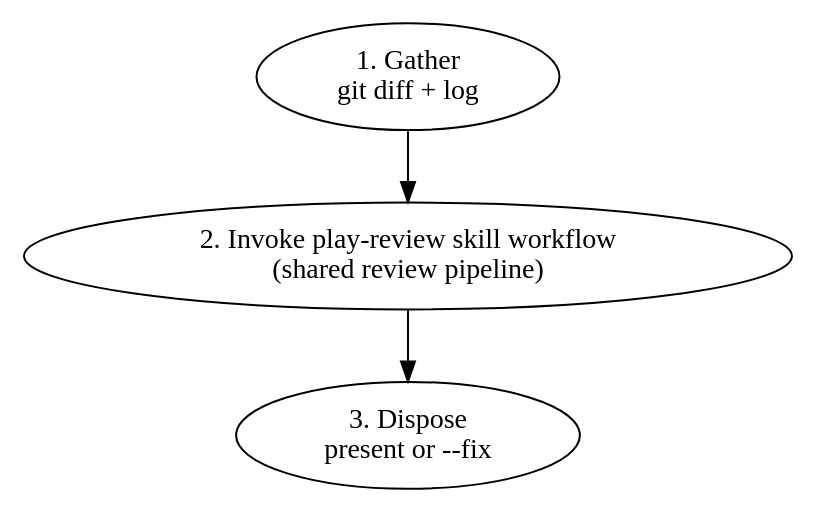
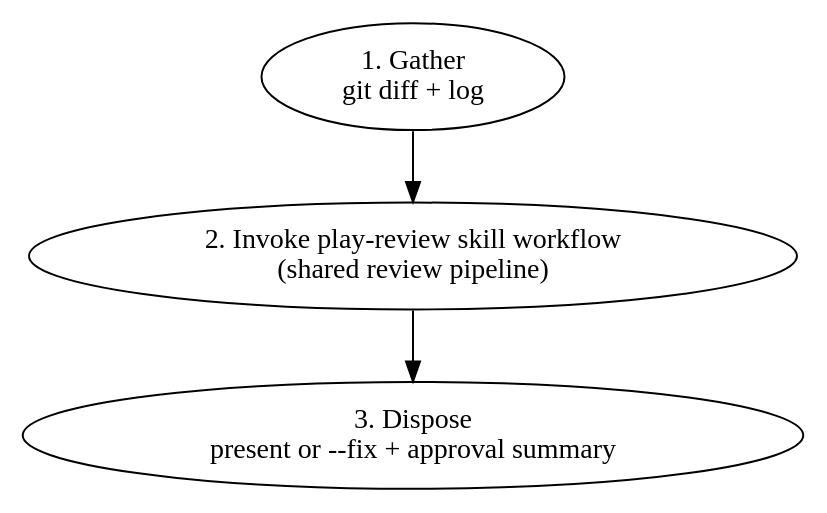
One commit to ryumiel/devcanon changed the diagram in skills/branch-review/SKILL.md. Above: the diagram before and after it, drawn with Graphviz. The commit also changed other lines of this file and 13 other files, not shown here.

````diff
--- a/skills/branch-review/SKILL.md
+++ b/skills/branch-review/SKILL.md
@@ -13,10 +13,10 @@
 ```dot
 digraph branch_review {
   rankdir=TB;
   gather [label="1. Gather\ngit diff + log"];
   delegate [label="2. Invoke play-review skill workflow\n(shared review pipeline)"];
-  dispose [label="3. Dispose\npresent or --fix"];
+  dispose [label="3. Dispose\npresent or --fix + approval summary"];
 
   gather -> delegate -> dispose;
 }
 ```
````
